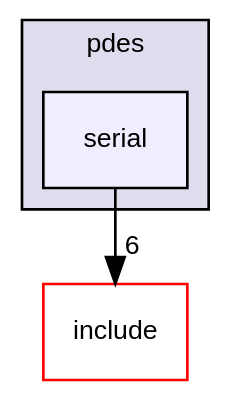
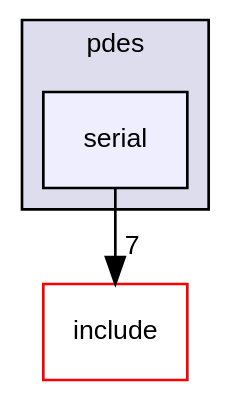
Before and after one commit to luca-heltai/fsi-suite: the diagram in dir_50f223c273824013943d646bc691d39f_dep.dot, drawn with Graphviz. The commit also changed 859 other files, not shown here.

```diff
--- a/dir_50f223c273824013943d646bc691d39f_dep.dot
+++ b/dir_50f223c273824013943d646bc691d39f_dep.dot
@@ -1,12 +1,12 @@
 digraph "source/pdes/serial" {
   bgcolor=transparent;
   compound=true
   node [ fontsize="10", fontname="Helvetica"];
   edge [ labelfontsize="10", labelfontname="Helvetica"];
   subgraph clusterdir_863924b7d266e6f7561da03323982265 {
     graph [ bgcolor="#ddddee", pencolor="black", label="pdes" fontname="Helvetica", fontsize="10", URL="dir_863924b7d266e6f7561da03323982265.html"]
   dir_50f223c273824013943d646bc691d39f [shape=box, label="serial", style="filled", fillcolor="#eeeeff", pencolor="black", URL="dir_50f223c273824013943d646bc691d39f.html"];
   }
   dir_d44c64559bbebec7f509842c48db8b23 [shape=box label="include" color="red" URL="dir_d44c64559bbebec7f509842c48db8b23.html"];
-  dir_50f223c273824013943d646bc691d39f->dir_d44c64559bbebec7f509842c48db8b23 [headlabel="6", labeldistance=1.5 headhref="dir_000014_000002.html"];
+  dir_50f223c273824013943d646bc691d39f->dir_d44c64559bbebec7f509842c48db8b23 [headlabel="7", labeldistance=1.5 headhref="dir_000014_000002.html"];
 }
```
